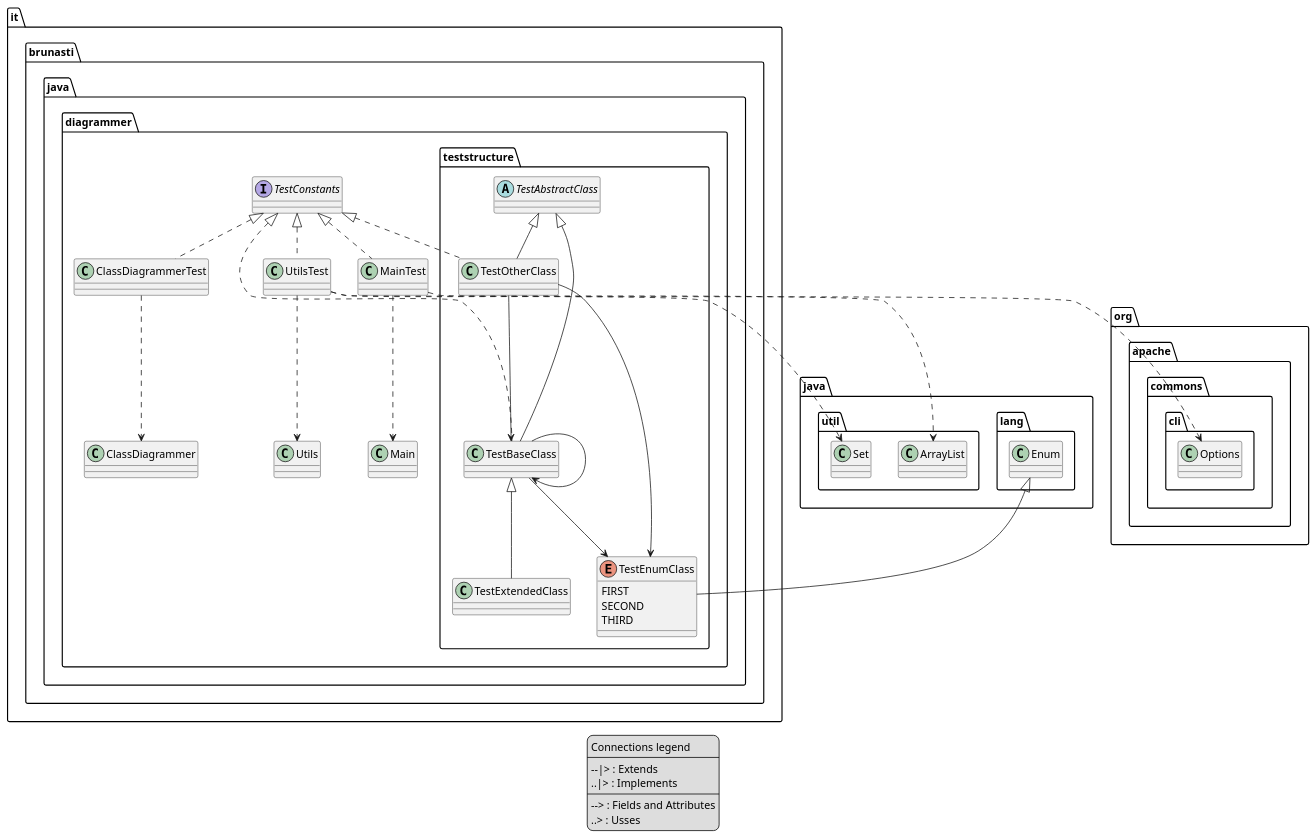
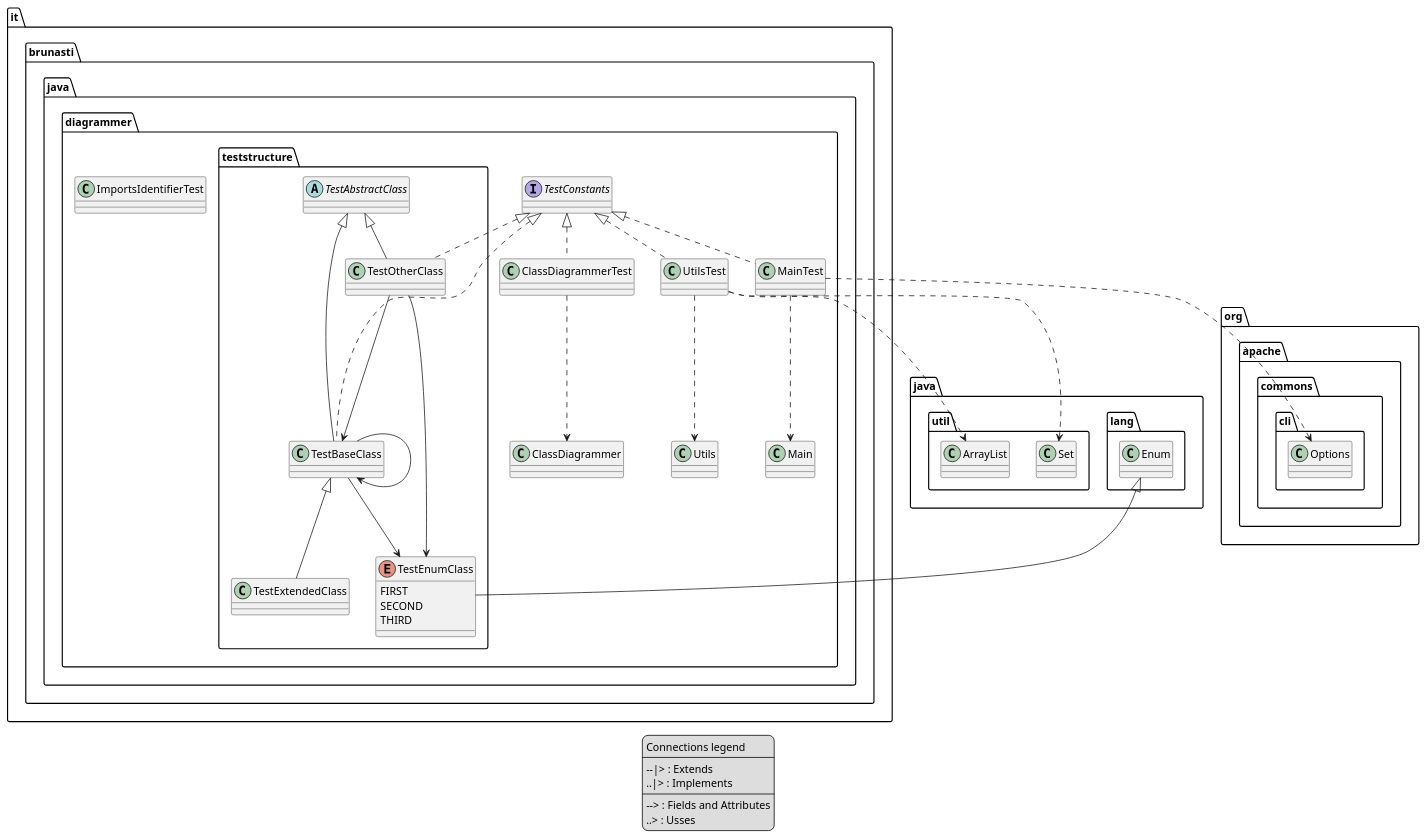
Before and after one commit to brunasti/java-diagrammer: the diagram in temp/output-test.puml, drawn with PlantUML. The commit also changed 3 other files, not shown here.

```diff
--- a/temp/output-test.puml
+++ b/temp/output-test.puml
@@ -1,64 +1,65 @@
 @startuml
 'https://plantuml.com/class-diagram
 
 ' GENERATE CLASS DIAGRAM ===========
 ' Generator       : it.brunasti.java.diagrammer.ClassDiagrammer
 ' Path            : [./target/test-classes]
 ' Configuration   : []
-' Generated at    : Thu Mar 28 10:25:06 CET 2024
+' Generated at    : Thu Mar 28 13:00:39 CET 2024
 legend
 Connections legend
 ----
 --|> : Extends
 ..|> : Implements
 ----
 --> : Fields and Attributes
 ..> : Usses
 end legend
 
 
 
 ' CLASSES =======
 class it.brunasti.java.diagrammer.ClassDiagrammerTest
 class it.brunasti.java.diagrammer.UtilsTest
 interface it.brunasti.java.diagrammer.TestConstants
+class it.brunasti.java.diagrammer.ImportsIdentifierTest
 abstract it.brunasti.java.diagrammer.teststructure.TestAbstractClass
 class it.brunasti.java.diagrammer.teststructure.TestBaseClass
 enum it.brunasti.java.diagrammer.teststructure.TestEnumClass{
   FIRST
   SECOND
   THIRD
 }
 class it.brunasti.java.diagrammer.teststructure.TestExtendedClass
 class it.brunasti.java.diagrammer.teststructure.TestOtherClass
 class it.brunasti.java.diagrammer.MainTest
 
 ' INHERITANCES =======
 it.brunasti.java.diagrammer.teststructure.TestAbstractClass <|-- it.brunasti.java.diagrammer.teststructure.TestBaseClass
 java.lang.Enum <|-- it.brunasti.java.diagrammer.teststructure.TestEnumClass
 it.brunasti.java.diagrammer.teststructure.TestBaseClass <|-- it.brunasti.java.diagrammer.teststructure.TestExtendedClass
 it.brunasti.java.diagrammer.teststructure.TestAbstractClass <|-- it.brunasti.java.diagrammer.teststructure.TestOtherClass
 
 ' IMPLEMENT INTERFACE =======
 it.brunasti.java.diagrammer.TestConstants <|.. it.brunasti.java.diagrammer.ClassDiagrammerTest
 it.brunasti.java.diagrammer.TestConstants <|.. it.brunasti.java.diagrammer.UtilsTest
 it.brunasti.java.diagrammer.TestConstants <|.. it.brunasti.java.diagrammer.teststructure.TestBaseClass
 it.brunasti.java.diagrammer.TestConstants <|.. it.brunasti.java.diagrammer.teststructure.TestOtherClass
 it.brunasti.java.diagrammer.TestConstants <|.. it.brunasti.java.diagrammer.MainTest
 
 ' FIELDS =======
 it.brunasti.java.diagrammer.teststructure.TestBaseClass --> it.brunasti.java.diagrammer.teststructure.TestBaseClass
 it.brunasti.java.diagrammer.teststructure.TestBaseClass --> it.brunasti.java.diagrammer.teststructure.TestEnumClass
 it.brunasti.java.diagrammer.teststructure.TestOtherClass --> it.brunasti.java.diagrammer.teststructure.TestBaseClass
 it.brunasti.java.diagrammer.teststructure.TestOtherClass --> it.brunasti.java.diagrammer.teststructure.TestEnumClass
 
 ' USES =======
 it.brunasti.java.diagrammer.ClassDiagrammerTest ..> it.brunasti.java.diagrammer.ClassDiagrammer
 it.brunasti.java.diagrammer.UtilsTest ..> it.brunasti.java.diagrammer.Utils
 it.brunasti.java.diagrammer.UtilsTest ..> java.util.Set
 it.brunasti.java.diagrammer.UtilsTest ..> java.util.ArrayList
 it.brunasti.java.diagrammer.MainTest ..> it.brunasti.java.diagrammer.Main
 it.brunasti.java.diagrammer.MainTest ..> org.apache.commons.cli.Options
 
 
 @enduml
```
